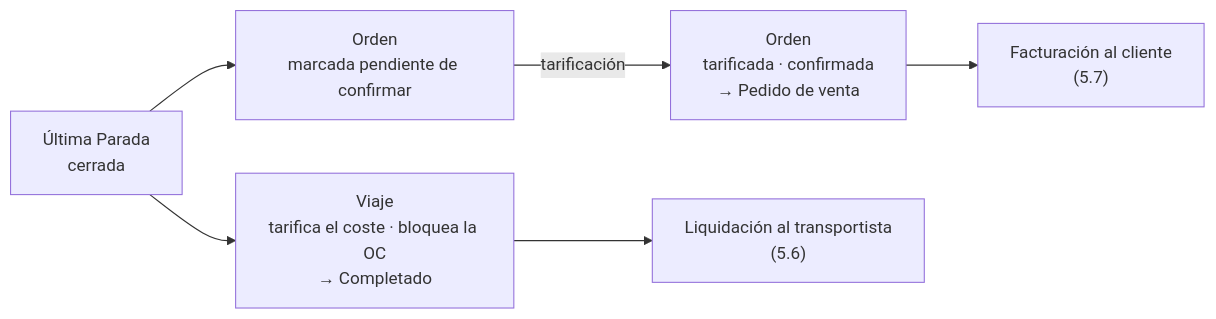
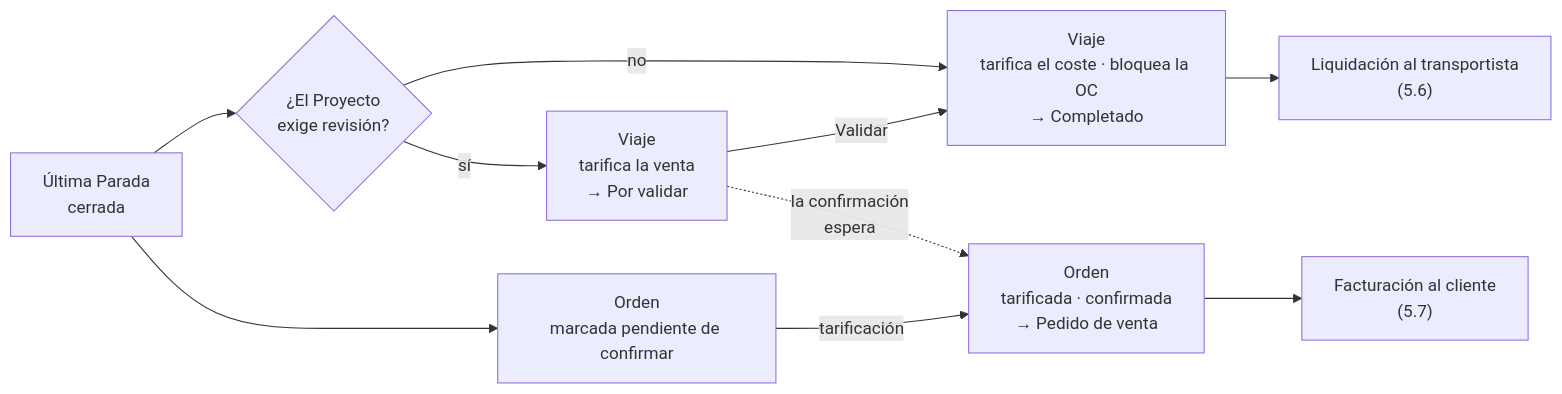
The diagram in source/17.0/5_operational-flows/5_5_trip-closing.rst (pacoborrego/guraify-tms-docs), drawn with Mermaid before and after one commit. The commit also changed other lines of this file and 31 other files, not shown here.

```diff
--- a/source/17.0/5_operational-flows/5_5_trip-closing.rst
+++ b/source/17.0/5_operational-flows/5_5_trip-closing.rst
@@ -33,8 +37,12 @@
 .. mermaid::
 
    flowchart LR
-       P["Última Parada<br/>cerrada"] --> T["Viaje<br/>tarifica el coste · bloquea la OC<br/>→ Completado"]
+       P["Última Parada<br/>cerrada"] --> V{"¿El Proyecto<br/>exige revisión?"}
+       V -->|"no"| T["Viaje<br/>tarifica el coste · bloquea la OC<br/>→ Completado"]
+       V -->|"sí"| W["Viaje<br/>tarifica la venta<br/>→ Por validar"]
+       W -->|"Validar"| T
        P --> O["Orden<br/>marcada pendiente de confirmar"]
-       O -->|tarificación| C["Orden<br/>tarificada · confirmada<br/>→ Pedido de venta"]
+       O -->|"tarificación"| C["Orden<br/>tarificada · confirmada<br/>→ Pedido de venta"]
+       W -. "la confirmación<br/>espera" .-> C
        T --> L["Liquidación al transportista<br/>(5.6)"]
        C --> F["Facturación al cliente<br/>(5.7)"]
```
